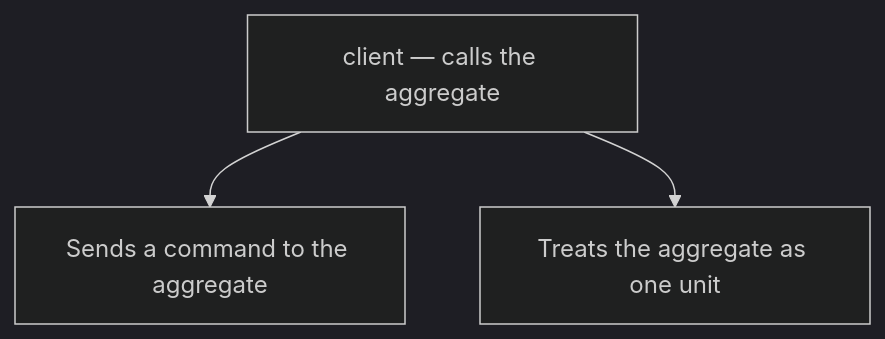
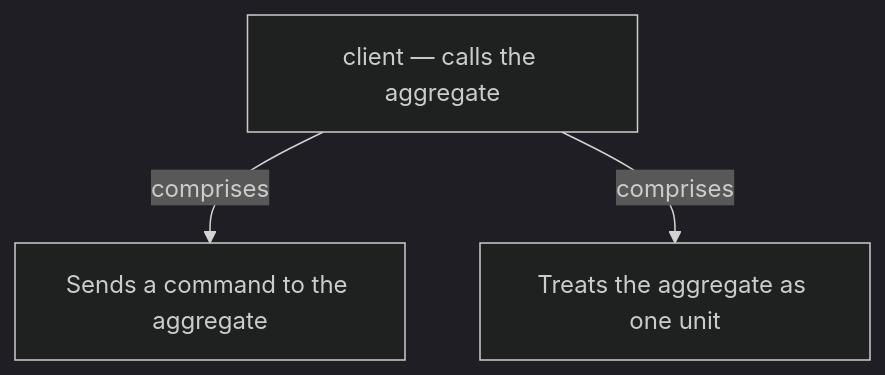
Before and after one commit to vinayakuber/microservices-io-study-guide: the fourth of 13 diagrams in docs/ch16-aggregate.md, drawn with Mermaid (dark theme). The commit also changed other lines of this file and 71 other files, not shown here.

First line of the commit message:
R18: label every diagram arrow with its meaning

````diff
--- a/docs/ch16-aggregate.md
+++ b/docs/ch16-aggregate.md
@@ -184,6 +184,6 @@
 ```mermaid
 flowchart TD
   R["client — calls the aggregate"]
-  R --> P0["Sends a command to the aggregate"]
-  R --> P1["Treats the aggregate as one unit"]
+  R -->|"comprises"| P0["Sends a command to the aggregate"]
+  R -->|"comprises"| P1["Treats the aggregate as one unit"]
 ```
````
